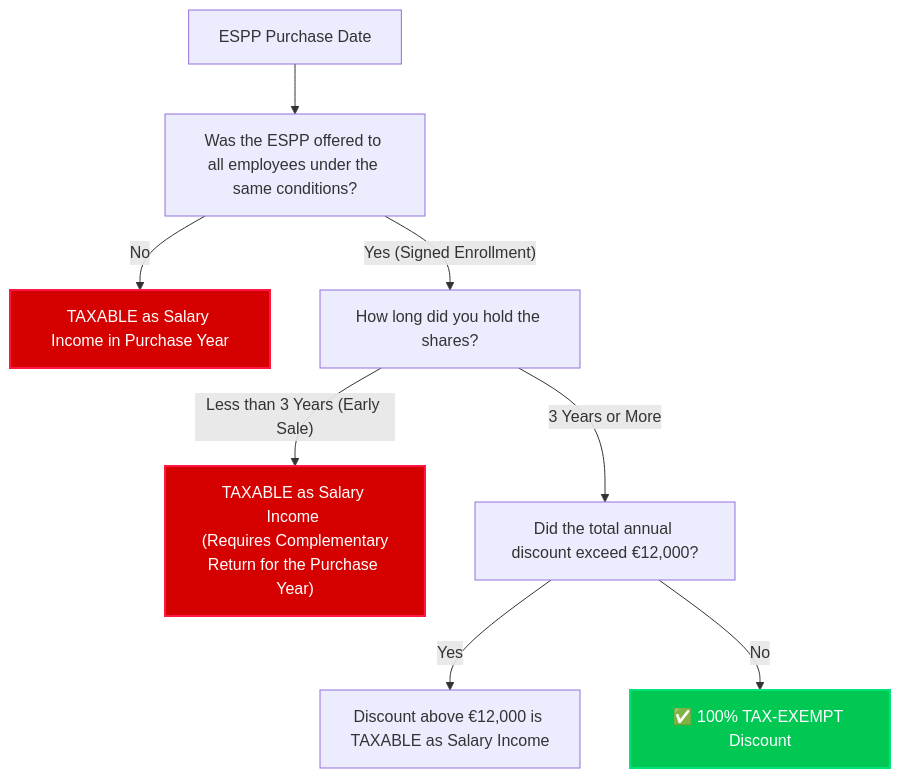
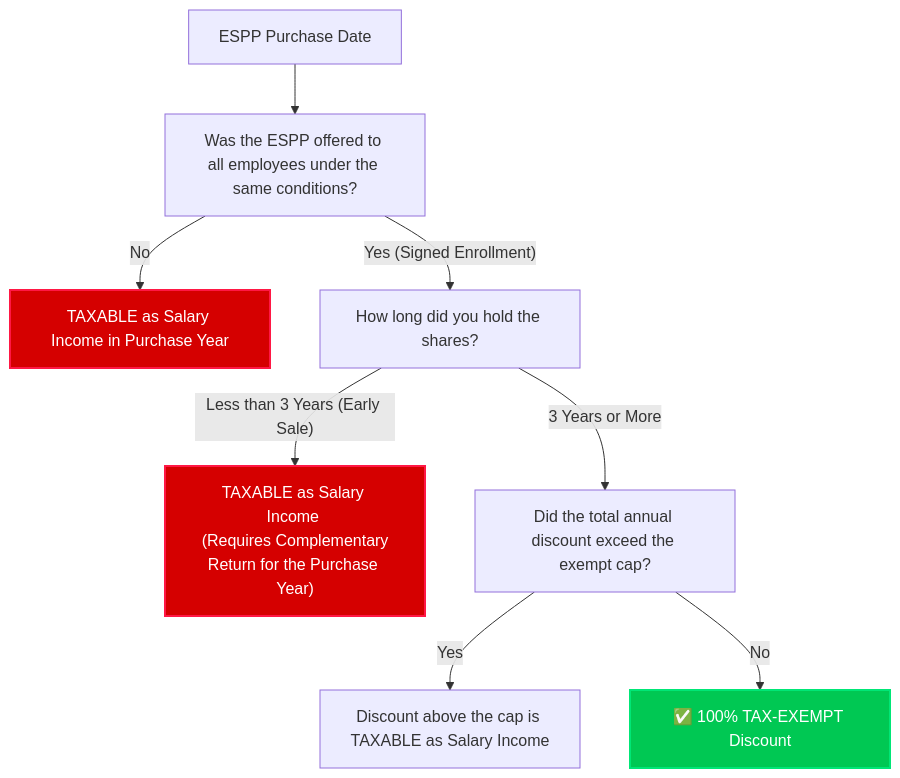
Before and after one commit to manu7691/tax-broker-tools-esp: the diagram in docs/ESPP_TAX_GUIDE_EN.md, drawn with Mermaid. The commit also changed other lines of this file and 4 other files, not shown here.

````diff
--- a/docs/ESPP_TAX_GUIDE_EN.md
+++ b/docs/ESPP_TAX_GUIDE_EN.md
@@ -15,17 +15,17 @@
 ```mermaid
 graph TD
     A["ESPP Purchase Date"] --> B["Was the ESPP offered to all employees under the same conditions?"]
     
     B -- No --> C["TAXABLE as Salary Income in Purchase Year"]
     B -- Yes (Signed Enrollment) --> D["How long did you hold the shares?"]
     
     D -- Less than 3 Years (Early Sale) --> E["TAXABLE as Salary Income <br> (Requires Complementary Return for the Purchase Year)"]
-    D -- 3 Years or More --> F["Did the total annual discount exceed €12,000?"]
+    D -- 3 Years or More --> F["Did the total annual discount exceed the exempt cap?"]
     
-    F -- Yes --> G["Discount above €12,000 is TAXABLE as Salary Income"]
+    F -- Yes --> G["Discount above the cap is TAXABLE as Salary Income"]
     F -- No --> H["✅ 100% TAX-EXEMPT Discount"]
 
     style H fill:#00c853,stroke:#00e676,stroke-width:2px,color:#fff
     style E fill:#d50000,stroke:#ff1744,stroke-width:2px,color:#fff
     style C fill:#d50000,stroke:#ff1744,stroke-width:2px,color:#fff
 ```
````
